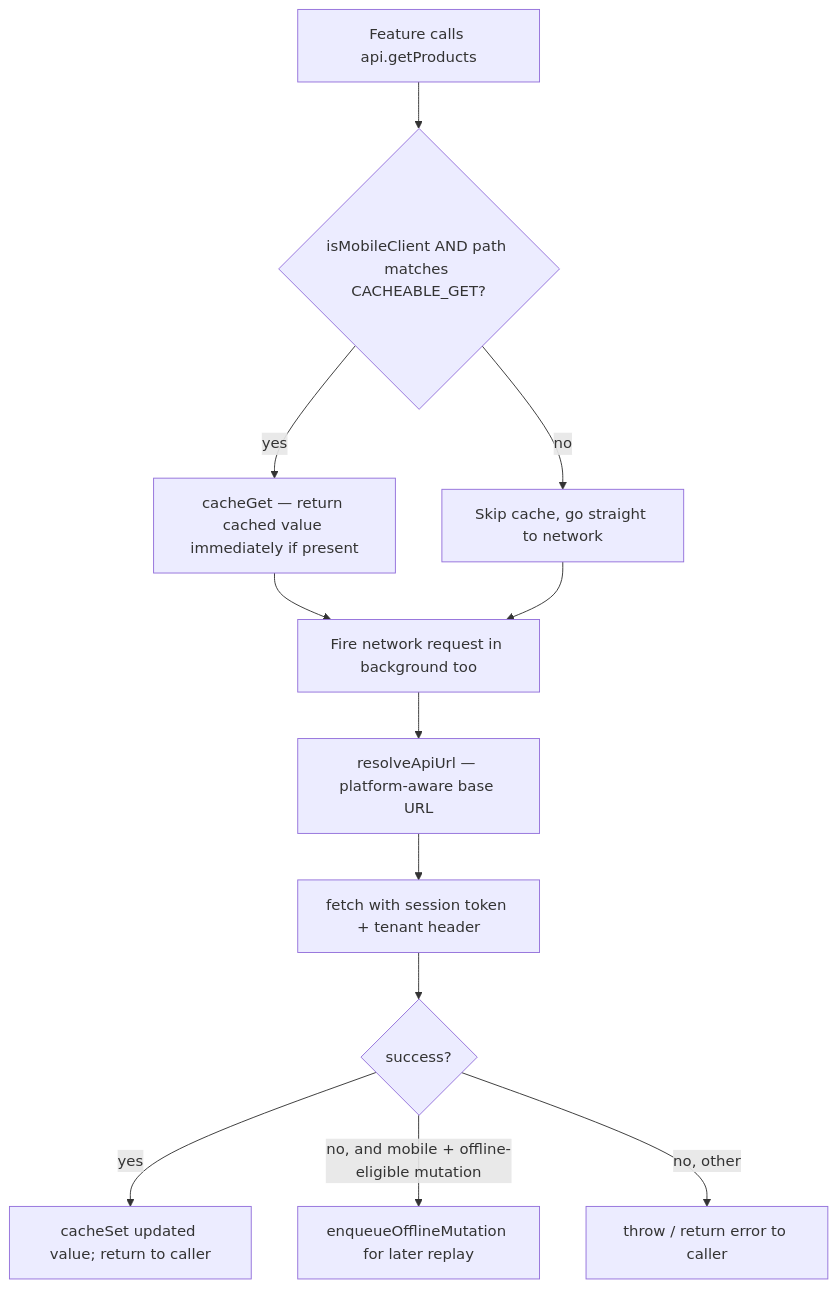
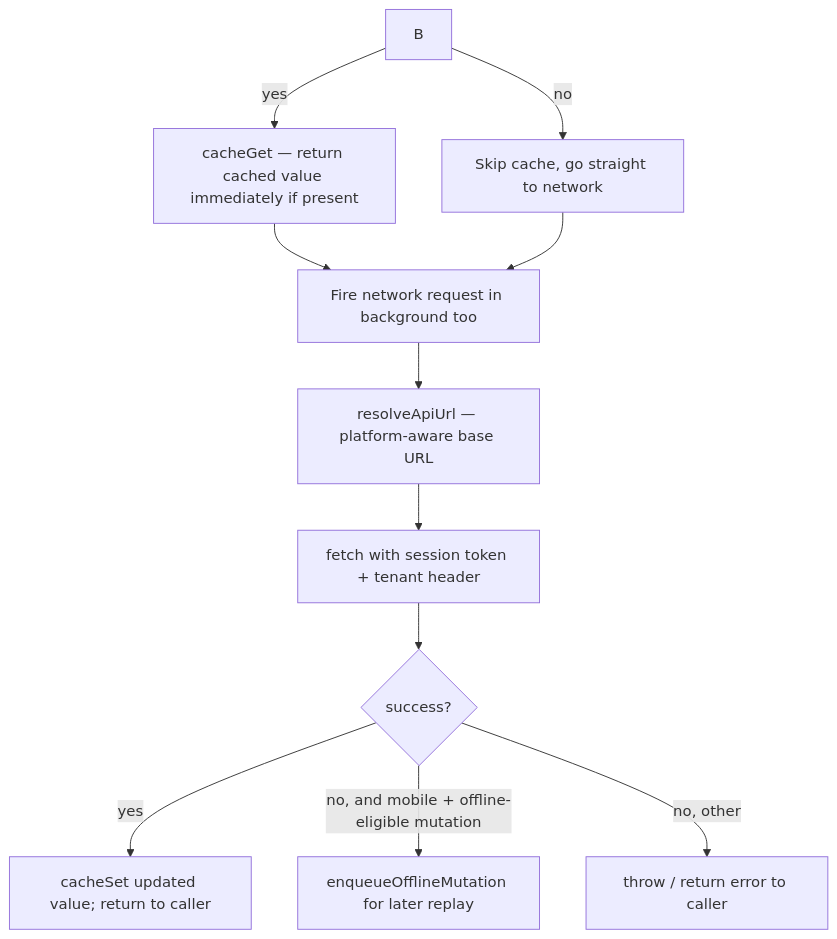
The diagram in engineering-academy/docs/files/frontend/api.md (prathame/DG-ERP), drawn with Mermaid before and after one commit. The commit also changed other lines of this file and 65 other files, not shown here.

````diff
--- a/engineering-academy/docs/files/frontend/api.md
+++ b/engineering-academy/docs/files/frontend/api.md
@@ -21,14 +20,13 @@
 ```mermaid
 flowchart TD
-  A[Feature calls api.getProducts] --> B{isMobileClient AND path matches CACHEABLE_GET?}
   B -->|yes| C[cacheGet — return cached value immediately if present]
   B -->|no| D[Skip cache, go straight to network]
   C --> E[Fire network request in background too]
   D --> E
   E --> F[resolveApiUrl — platform-aware base URL]
   F --> G[fetch with session token + tenant header]
   G --> H{success?}
   H -->|yes| I[cacheSet updated value; return to caller]
   H -->|no, and mobile + offline-eligible mutation| J[enqueueOfflineMutation for later replay]
   H -->|no, other| K[throw / return error to caller]
 ```
````
